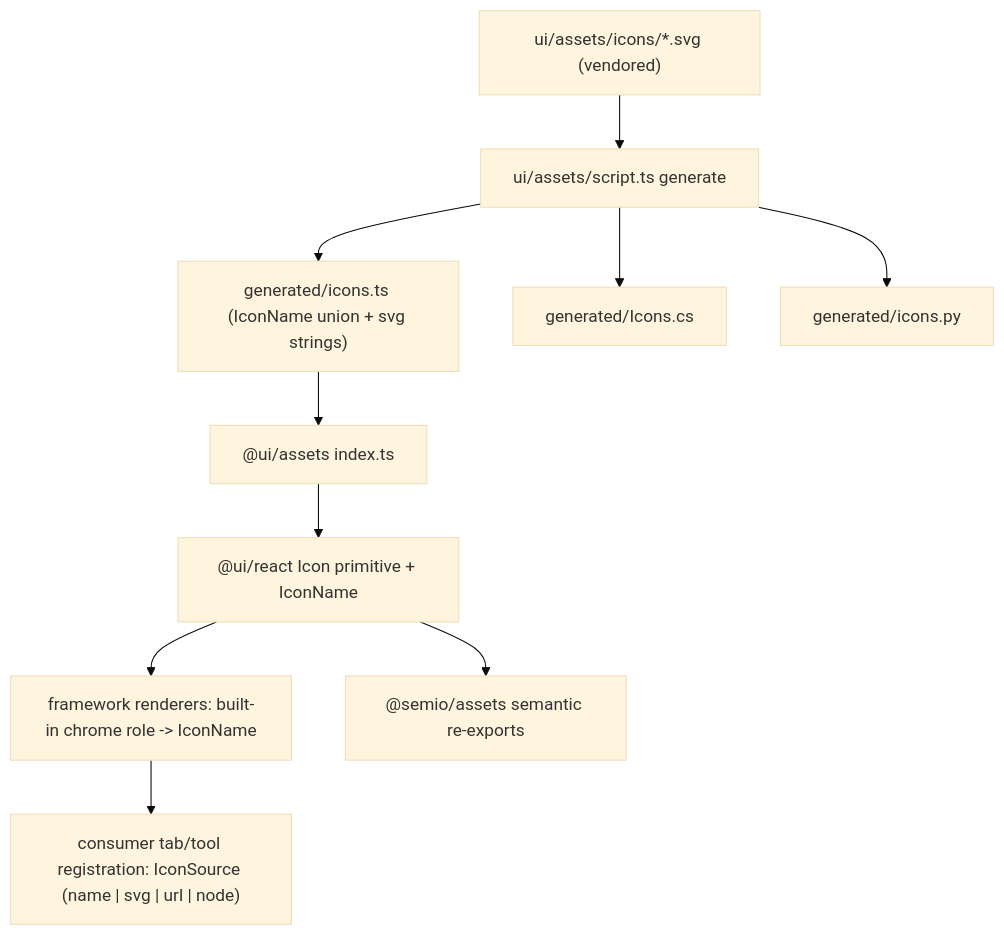
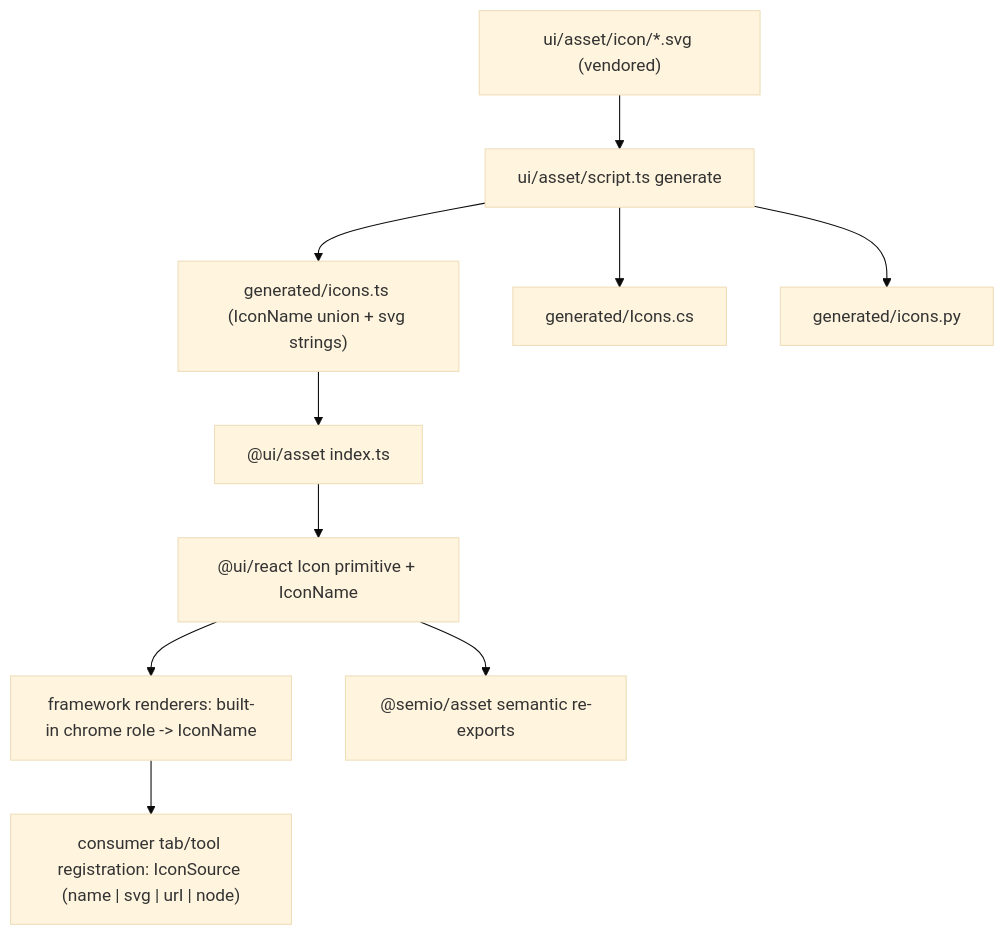
One commit to usalu/semio changed the diagram in .cursor/plans/framework_icon_interface_de631a59.plan.md. Above: the diagram before and after it, drawn with Mermaid (base theme). The commit also changed other lines of this file and 3878 other files, not shown here.

````diff
--- a/.cursor/plans/framework_icon_interface_de631a59.plan.md
+++ b/.cursor/plans/framework_icon_interface_de631a59.plan.md
@@ -24,12 +24,12 @@
 ```mermaid
 flowchart TD
-  svg["ui/assets/icons/*.svg (vendored)"] --> script["ui/assets/script.ts generate"]
+  svg["ui/asset/icon/*.svg (vendored)"] --> script["ui/asset/script.ts generate"]
   script --> js["generated/icons.ts (IconName union + svg strings)"]
   script --> net["generated/Icons.cs"]
   script --> py["generated/icons.py"]
-  js --> uiassets["@ui/assets index.ts"]
+  js --> uiassets["@ui/asset index.ts"]
   uiassets --> icon["@ui/react Icon primitive + IconName"]
   icon --> fw["framework renderers: built-in chrome role -> IconName"]
-  icon --> semio["@semio/assets semantic re-exports"]
+  icon --> semio["@semio/asset semantic re-exports"]
   fw --> consumer["consumer tab/tool registration: IconSource (name | svg | url | node)"]
 ```
````
